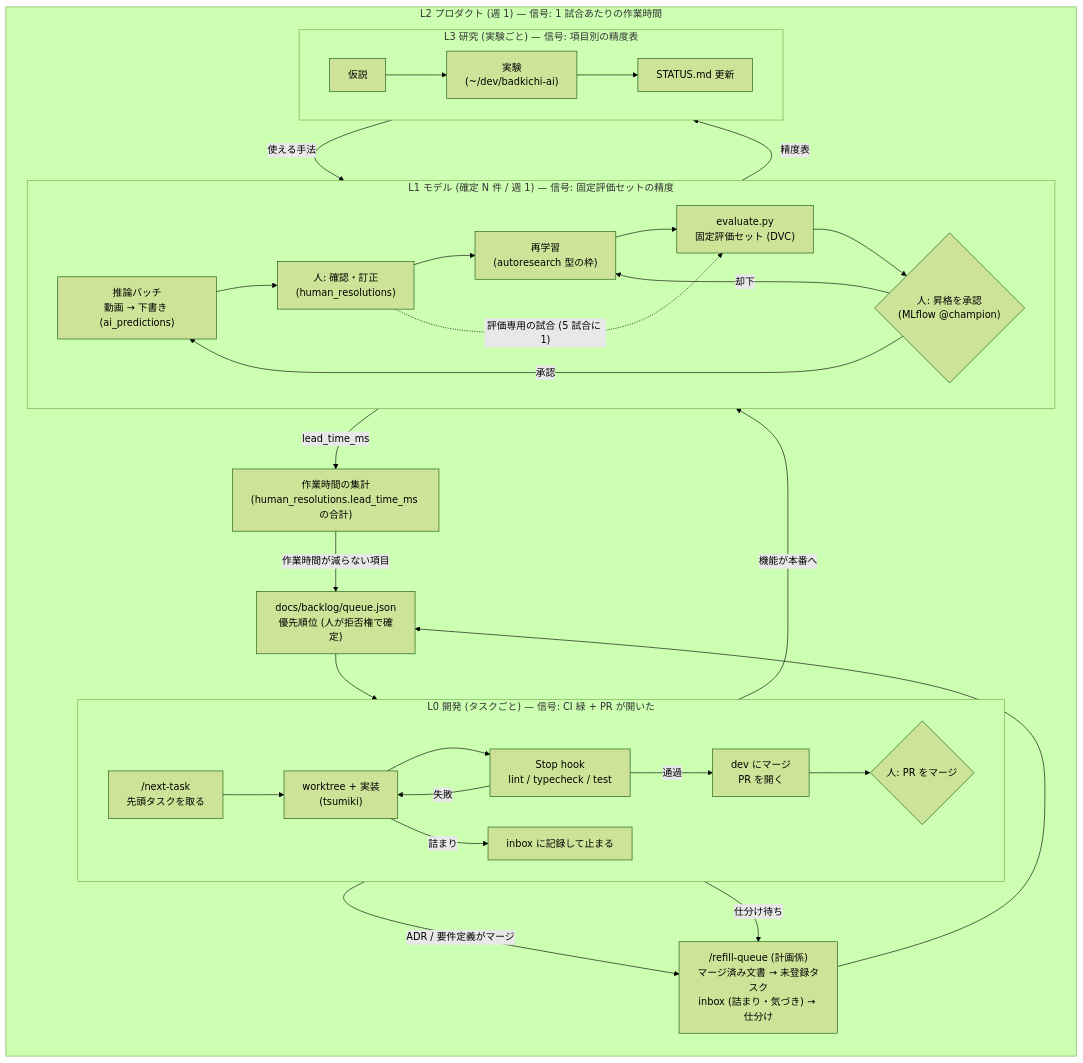
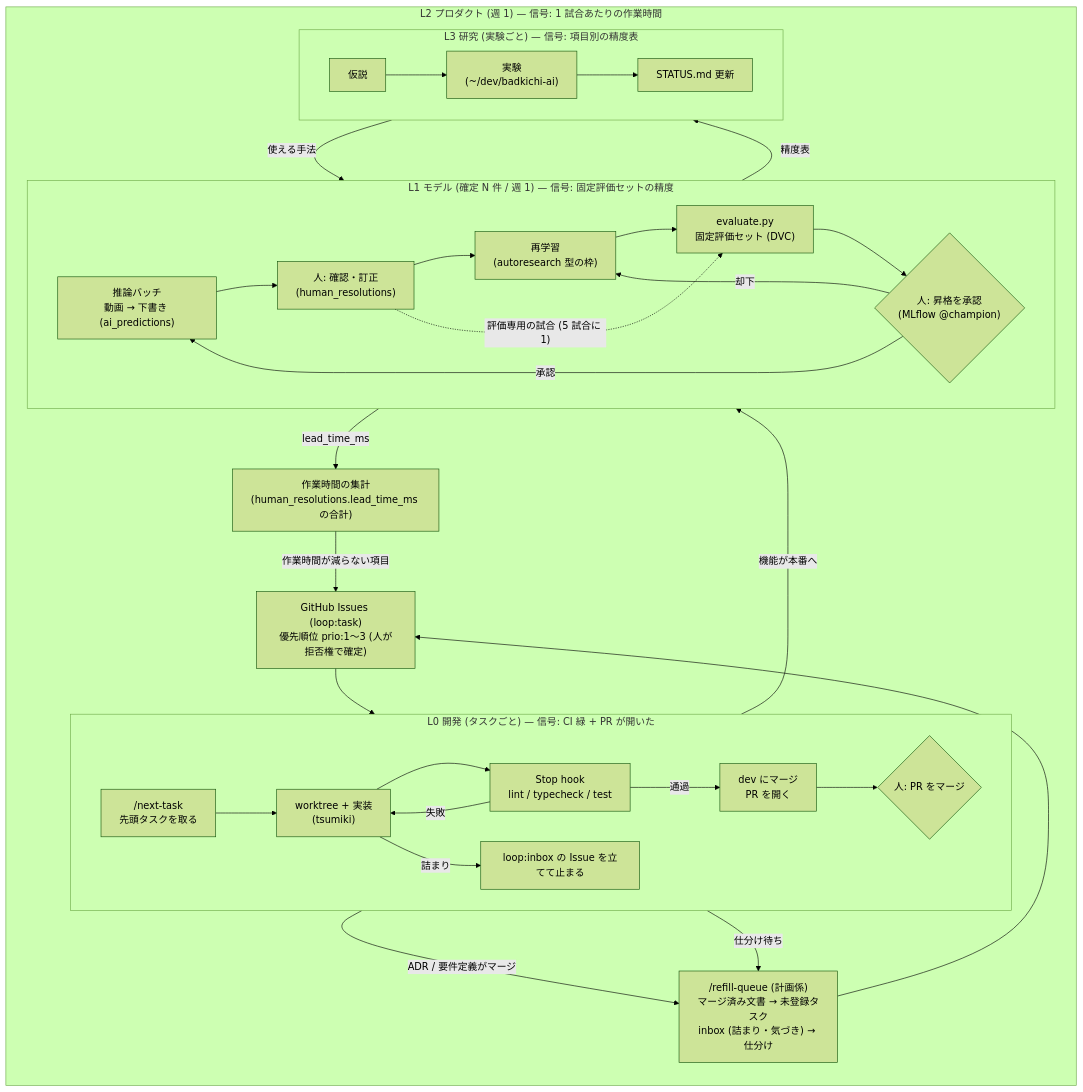
Before and after one commit to kotatsuwarming-blip/badkichi: the diagram in docs/decisions/020-ai-first-input-and-loop-engineering.md, drawn with Mermaid (forest theme). The commit also changed other lines of this file and 6 other files, not shown here.

First line of the commit message:
feat(harness): タスクキューと inbox を queue.json から GitHub Issues に移行

````diff
--- a/docs/decisions/020-ai-first-input-and-loop-engineering.md
+++ b/docs/decisions/020-ai-first-input-and-loop-engineering.md
@@ -168,41 +168,41 @@
 ```mermaid
 flowchart TB
     subgraph L2["L2 プロダクト (週 1) — 信号: 1 試合あたりの作業時間"]
         direction TB
         T["作業時間の集計<br>(human_resolutions.lead_time_ms の合計)"]
         R["/refill-queue (計画係)<br>マージ済み文書 → 未登録タスク<br>inbox (詰まり・気づき) → 仕分け"]
-        Q["docs/backlog/queue.json<br>優先順位 (人が拒否権で確定)"]
+        Q["GitHub Issues (loop:task)<br>優先順位 prio:1〜3 (人が拒否権で確定)"]
         R --> Q
         subgraph L0["L0 開発 (タスクごと) — 信号: CI 緑 + PR が開いた"]
             direction LR
             A["/next-task<br>先頭タスクを取る"] --> B["worktree + 実装<br>(tsumiki)"]
             B --> C["Stop hook<br>lint / typecheck / test"]
             C -- 失敗 --> B
             C -- 通過 --> D["dev にマージ<br>PR を開く"]
             D --> E{"人: PR をマージ"}
-            B -- 詰まり --> X["inbox に記録して止まる"]
+            B -- 詰まり --> X["loop:inbox の Issue を立てて止まる"]
         end
         subgraph L1["L1 モデル (確定 N 件 / 週 1) — 信号: 固定評価セットの精度"]
             direction LR
             F["推論バッチ<br>動画 → 下書き (ai_predictions)"] --> G["人: 確認・訂正<br>(human_resolutions)"]
             G --> H["再学習<br>(autoresearch 型の枠)"]
             H --> I["evaluate.py<br>固定評価セット (DVC)"]
             I --> J{"人: 昇格を承認<br>(MLflow @champion)"}
             J -- 承認 --> F
             J -- 却下 --> H
         end
         subgraph L3["L3 研究 (実験ごと) — 信号: 項目別の精度表"]
             direction LR
             K["仮説"] --> L["実験<br>(~/dev/badkichi-ai)"] --> M["STATUS.md 更新"]
         end
     end
     E -- 機能が本番へ --> F
     E -- ADR / 要件定義がマージ --> R
     X -- 仕分け待ち --> R
     G -- lead_time_ms --> T
     T -- 作業時間が減らない項目 --> Q
     Q --> A
     I -- 精度表 --> M
     M -- 使える手法 --> H
     G -. 評価専用の試合 (5 試合に 1) .-> I
 ```
````
